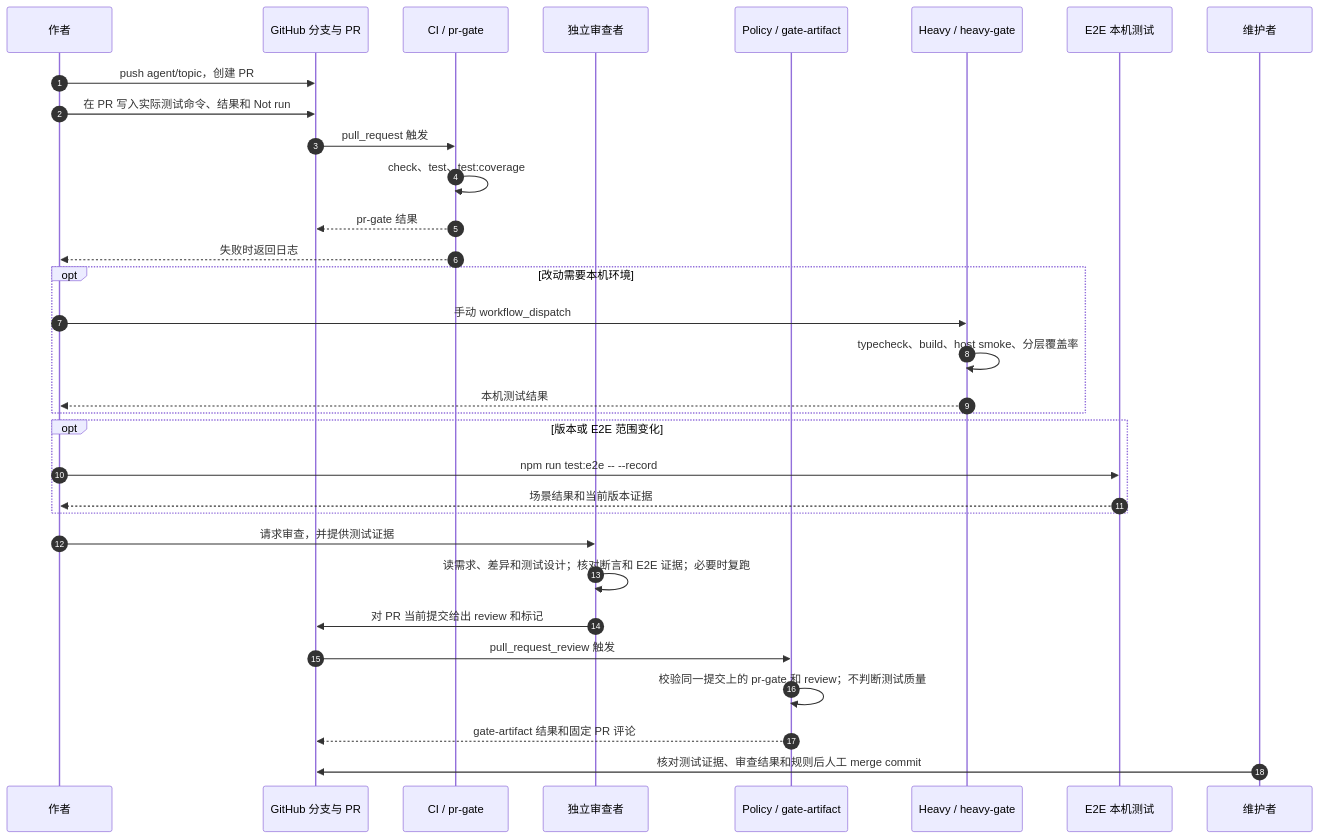
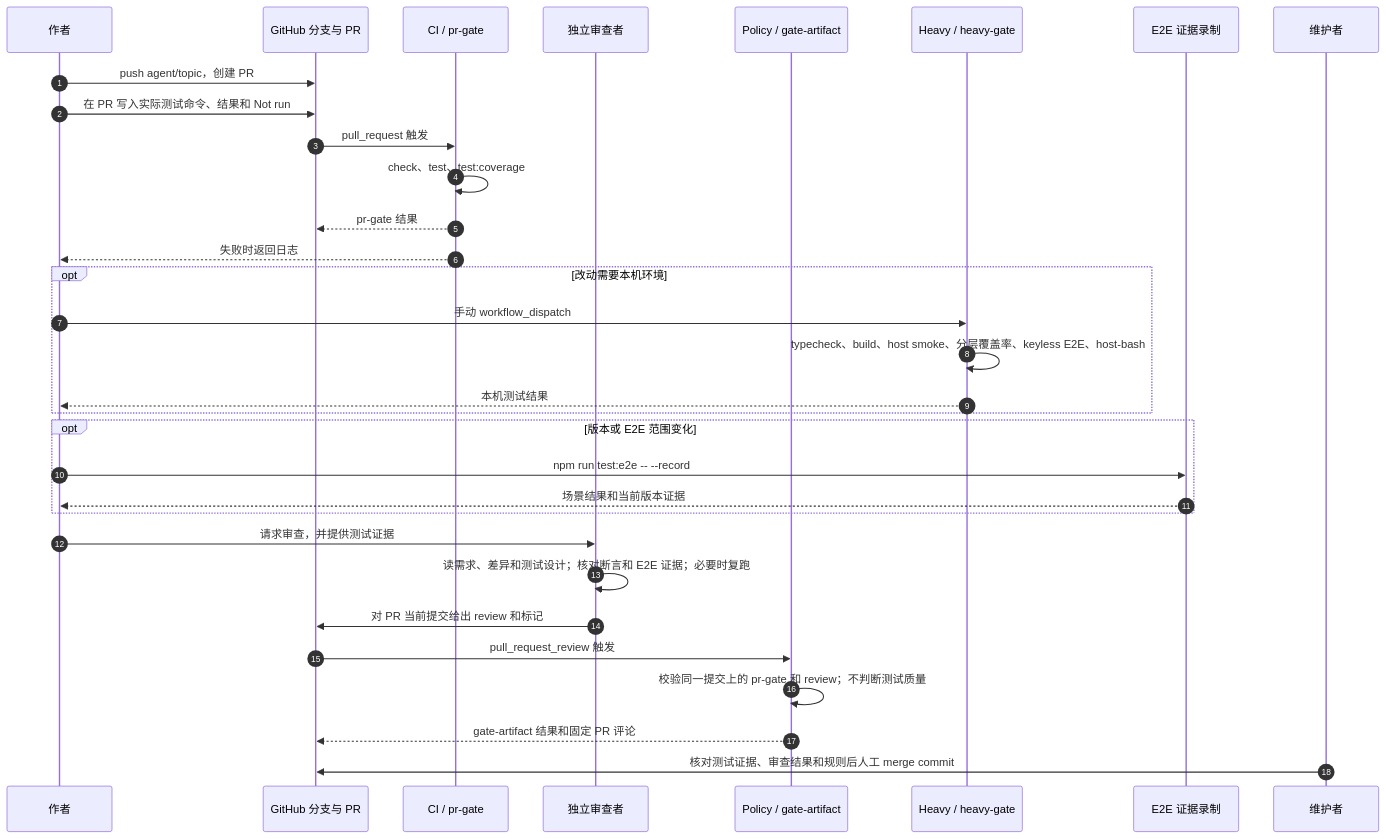
Before and after one commit to leigangzhang/dsh-cowork: the second of 4 diagrams in docs/github-workflow.md, drawn with Mermaid. The commit also changed other lines of this file, not shown here.

First line of the commit message:
docs(process): 对齐 heavy 的 E2E 与 host-bash 流程

````diff
--- a/docs/github-workflow.md
+++ b/docs/github-workflow.md
@@ -85,35 +85,35 @@
 ```mermaid
 sequenceDiagram
   autonumber
   participant A as 作者
   participant G as GitHub 分支与 PR
   participant C as CI / pr-gate
   participant R as 独立审查者
   participant P as Policy / gate-artifact
   participant H as Heavy / heavy-gate
-  participant E as E2E 本机测试
+  participant E as E2E 证据录制
   participant M as 维护者
 
   A->>G: push agent/topic，创建 PR
   A->>G: 在 PR 写入实际测试命令、结果和 Not run
   G->>C: pull_request 触发
   C->>C: check、test、test:coverage
   C-->>G: pr-gate 结果
   C-->>A: 失败时返回日志
   opt 改动需要本机环境
     A->>H: 手动 workflow_dispatch
-    H->>H: typecheck、build、host smoke、分层覆盖率
+    H->>H: typecheck、build、host smoke、分层覆盖率、keyless E2E、host-bash
     H-->>A: 本机测试结果
   end
   opt 版本或 E2E 范围变化
     A->>E: npm run test:e2e -- --record
     E-->>A: 场景结果和当前版本证据
   end
   A->>R: 请求审查，并提供测试证据
   R->>R: 读需求、差异和测试设计；核对断言和 E2E 证据；必要时复跑
   R->>G: 对 PR 当前提交给出 review 和标记
   G->>P: pull_request_review 触发
   P->>P: 校验同一提交上的 pr-gate 和 review；不判断测试质量
   P-->>G: gate-artifact 结果和固定 PR 评论
   M->>G: 核对测试证据、审查结果和规则后人工 merge commit
 ```
````
